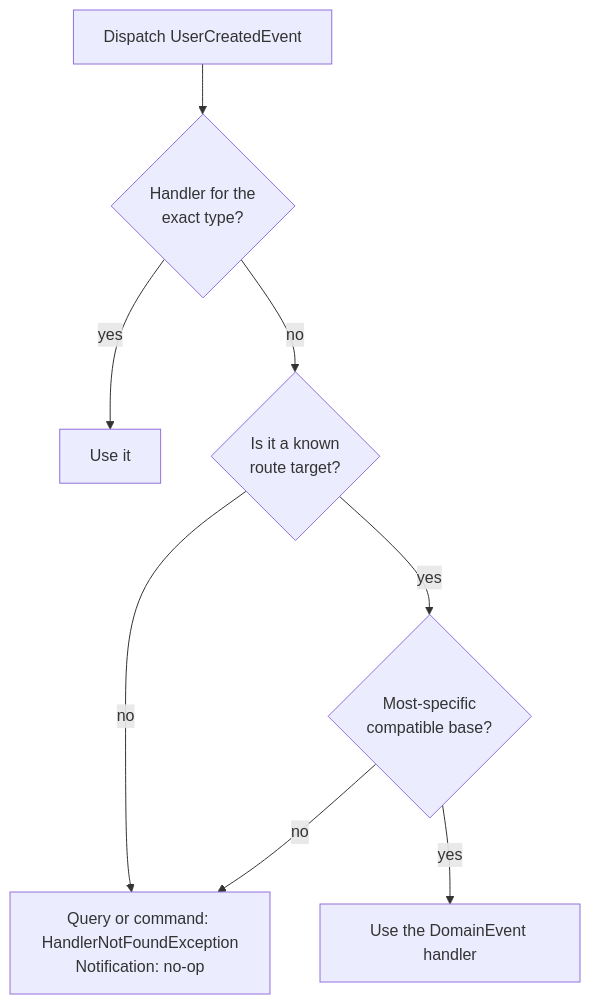
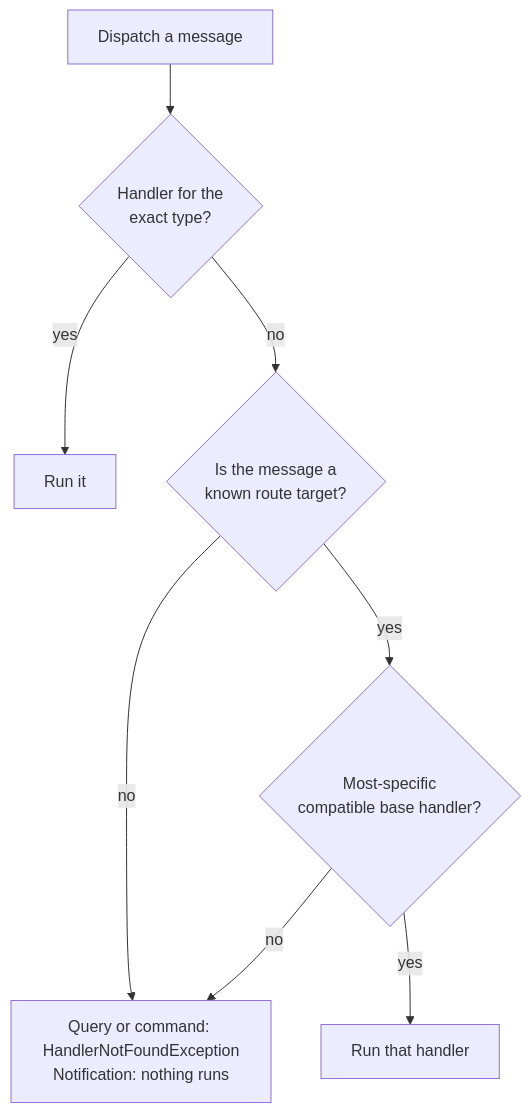
One commit to send0xx/Dispatcher changed the diagram in docs/guide/routing.md. Above: the diagram before and after it, drawn with Mermaid. The commit also changed other lines of this file, not shown here.

````diff
--- a/docs/guide/routing.md
+++ b/docs/guide/routing.md
@@ -21,10 +29,10 @@
 ```mermaid
 flowchart TD
-    A[Dispatch UserCreatedEvent] --> B{Handler for the<br/>exact type?}
-    B -- yes --> C[Use it]
-    B -- no --> D{Is it a known<br/>route target?}
+    A[Dispatch a message] --> B{Handler for the<br/>exact type?}
+    B -- yes --> C[Run it]
+    B -- no --> D{Is the message a<br/>known route target?}
     D -- no --> F
-    D -- yes --> E{Most-specific<br/>compatible base?}
-    E -- yes --> G[Use the DomainEvent handler]
-    E -- no --> F["Query or command: HandlerNotFoundException<br/>Notification: no-op"]
+    D -- yes --> E{Most-specific<br/>compatible base handler?}
+    E -- yes --> G[Run that handler]
+    E -- no --> F["Query or command: HandlerNotFoundException<br/>Notification: nothing runs"]
 ```
````
